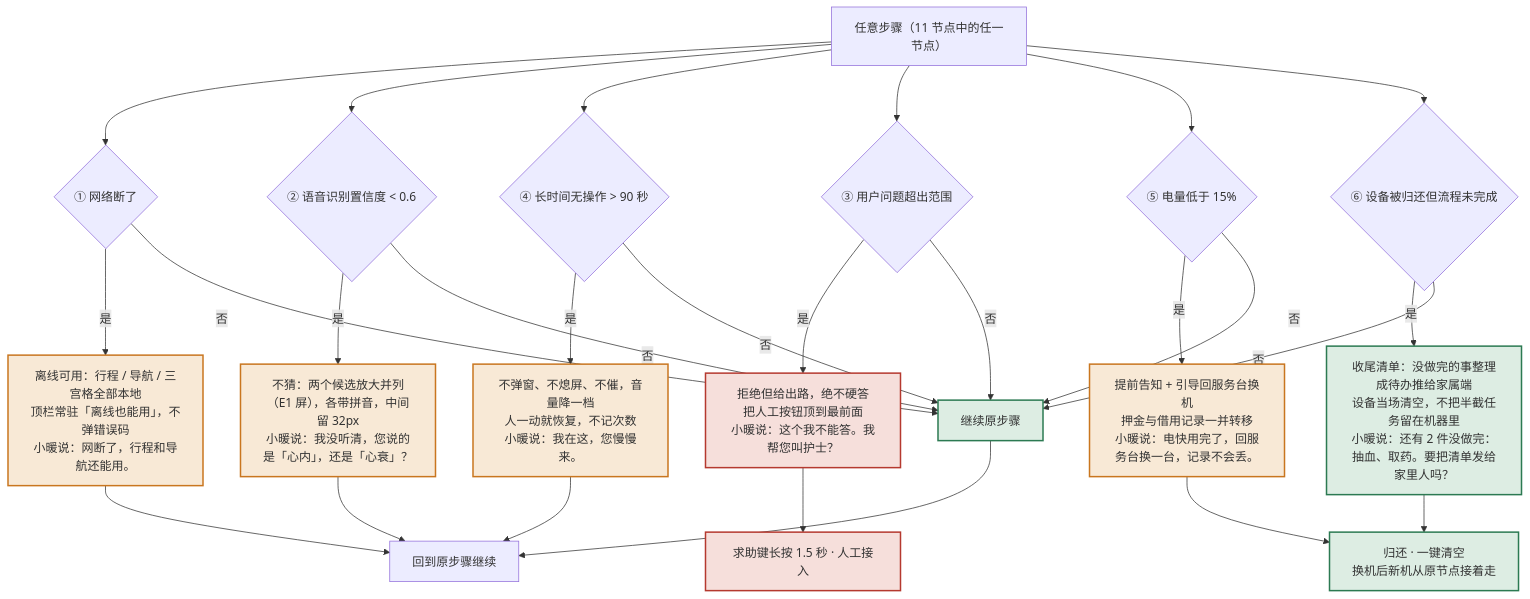
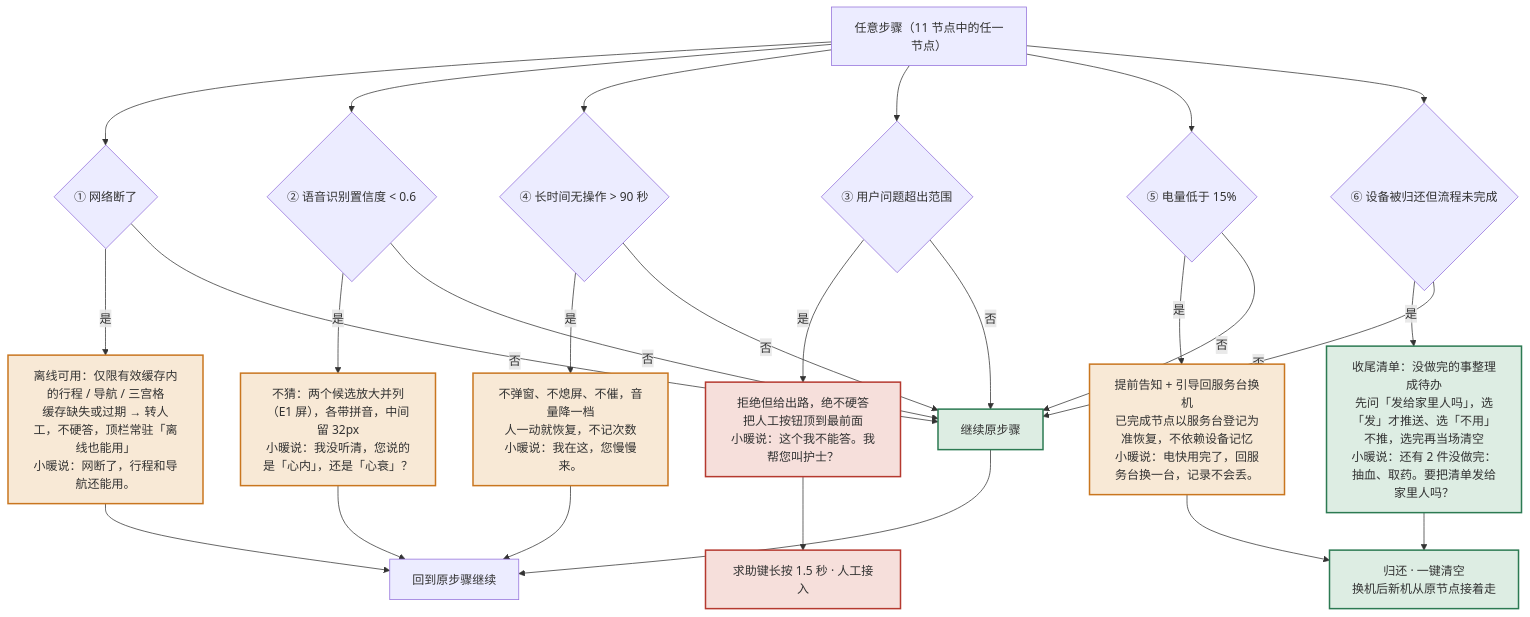
The diagram in 04-deliverables/02-流程图/src/异常降级.mmd (xiangyuli494-cmyk/medpal-hc2026), drawn with Mermaid before and after one commit. The commit also changed 4 other files, not shown here.

Commit message:
docs(T3): 流程图源修订——按 T1 复审补发/不发路径与语音确认，异常口径对齐 #13

```diff
--- a/04-deliverables/02-流程图/src/异常降级.mmd
+++ b/04-deliverables/02-流程图/src/异常降级.mmd
@@ -1,52 +1,55 @@
 %% 小暖 · 异常降级图（v1，2026-11-05 / T3）
 %% 起点：T1 的 v0 骨架（同目录，六条判定齐全），T3 接管后补三处：
 %%   ① 每个判断补「否 → 继续原步骤」，让六个菱形都是完整的是/否两条出路；
 %%   ② 每条处理都补一个明确出口（回原步骤 / 求助键 / 归还清空），不留断头箭头；
 %%   ③ 每条补一句人话兜底文案 —— 原文 03-交互流程.md 只写了动作没写字。
 %% 口径来源：02-design/03-交互流程.md 第 3 节（六条异常）+ 02-design/02-信息架构.md 第 5 节（五状态清单）
 %% 分组：①②④ 系统层（错在机器，出口回原步骤）｜③ 伦理红线（出口是求助）｜
 %%       ⑤ 设备极限（出口是换机→归还清空）｜⑥ 收尾
 %% v1.1（2026-11-06，按 T1 review 改）：⑤ 电量低出口从「求助键」改到「归还·清空」
 %%   （求助键不是垃圾桶，见 06-流程图视觉规范.md 6.3）；⑤ 去红色。
 %% v1.2（2026-11-08，按 T4 review 改）：六句兜底文案全部换成 T4《界面文案-v1》§4 定稿
 %%   （05-research/界面文案-v1.md，E1–E6），此后话术改动以 T4 该文件为准。
 %% v1.3（2026-11-08，排版优化）：按出口分组重排书写顺序（①②④→回原步骤｜③→求助｜
 %%   ⑤⑥→归还清空），节点/箭头/文案零改动，仅减少自动布局的连线交叉。
 %%   注：mermaid 自动排版无法做到 0 交叉，0 交叉是 A3 成品（手绘）的要求，不考核 .mmd。
+%% v1.4（2026-11-18，按 T1 复审 94947d1 + #13 集成口径）：① 改为「仅限有效缓存，缺失/过期转人工」
+%%   （不再承诺全部能力离线可用）；⑤「借用记录一并转移」改为「以服务台登记为准恢复」；
+%%   ⑥ 改为「先问发/不发，选完再清空」，不一边询问一边自动推送。
 
 flowchart TD
   S["任意步骤（11 节点中的任一节点）"] --> Q1{"① 网络断了"}
   S --> Q2{"② 语音识别置信度 &lt; 0.6"}
   S --> Q4{"④ 长时间无操作 &gt; 90 秒"}
   S --> Q3{"③ 用户问题超出范围"}
   S --> Q5{"⑤ 电量低于 15%"}
   S --> Q6{"⑥ 设备被归还但流程未完成"}
 
-  Q1 -- "是" --> S1["离线可用：行程 / 导航 / 三宫格全部本地<br/>顶栏常驻「离线也能用」，不弹错误码<br/>小暖说：网断了，行程和导航还能用。"]
+  Q1 -- "是" --> S1["离线可用：仅限有效缓存内的行程 / 导航 / 三宫格<br/>缓存缺失或过期 → 转人工，不硬答，顶栏常驻「离线也能用」<br/>小暖说：网断了，行程和导航还能用。"]
   Q2 -- "是" --> S2["不猜：两个候选放大并列（E1 屏），各带拼音，中间留 32px<br/>小暖说：我没听清，您说的是「心内」，还是「心衰」？"]
   Q4 -- "是" --> S4["不弹窗、不熄屏、不催，音量降一档<br/>人一动就恢复，不记次数<br/>小暖说：我在这，您慢慢来。"]
   Q3 -- "是" --> S3["拒绝但给出路，绝不硬答<br/>把人工按钮顶到最前面<br/>小暖说：这个我不能答。我帮您叫护士？"]
-  Q5 -- "是" --> S5["提前告知 + 引导回服务台换机<br/>押金与借用记录一并转移<br/>小暖说：电快用完了，回服务台换一台，记录不会丢。"]
-  Q6 -- "是" --> S6["收尾清单：没做完的事整理成待办推给家属端<br/>设备当场清空，不把半截任务留在机器里<br/>小暖说：还有 2 件没做完：抽血、取药。要把清单发给家里人吗？"]
+  Q5 -- "是" --> S5["提前告知 + 引导回服务台换机<br/>已完成节点以服务台登记为准恢复，不依赖设备记忆<br/>小暖说：电快用完了，回服务台换一台，记录不会丢。"]
+  Q6 -- "是" --> S6["收尾清单：没做完的事整理成待办<br/>先问「发给家里人吗」，选「发」才推送、选「不用」不推，选完再当场清空<br/>小暖说：还有 2 件没做完：抽血、取药。要把清单发给家里人吗？"]
 
   Q1 -- "否" --> PASS["继续原步骤"]
   Q2 -- "否" --> PASS
   Q4 -- "否" --> PASS
   Q3 -- "否" --> PASS
   Q5 -- "否" --> PASS
   Q6 -- "否" --> PASS
 
   PASS --> R["回到原步骤继续"]
   S1 --> R
   S2 --> R
   S4 --> R
   S3 --> HELP["求助键长按 1.5 秒 · 人工接入"]
   S5 --> DONE["归还 · 一键清空<br/>换机后新机从原节点接着走"]
   S6 --> DONE
 
   classDef warn fill:#F8E9D6,stroke:#C9761F,stroke-width:2px
   classDef help fill:#F6DFDB,stroke:#B5392F,stroke-width:2px
   classDef ok fill:#DDEDE3,stroke:#2C7A52,stroke-width:2px
   class S1,S2,S4,S5 warn
   class S3,HELP help
   class S6,DONE,PASS ok
```
